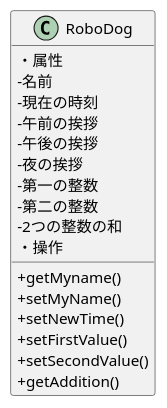
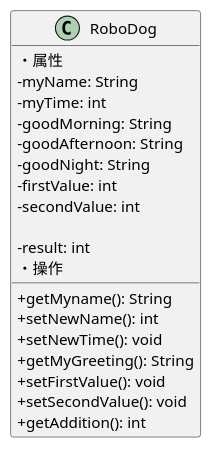
The diagram in 06_robo_dog/class.pu (mana0403/ohara_uml), drawn with PlantUML before and after one commit. The commit also changed 10 other files, not shown here.

```diff
--- a/06_robo_dog/class.pu
+++ b/06_robo_dog/class.pu
@@ -1,22 +1,24 @@
 @startuml
 skinparam classAttributeIconSize 0
 class RoboDog {
 ・属性
- -名前
- -現在の時刻
- -午前の挨拶
- -午後の挨拶
- -夜の挨拶
- -第一の整数
- -第二の整数
- -2つの整数の和
+ -myName: String
+ -myTime: int
+ -goodMorning: String
+ -goodAfternoon: String
+ -goodNight: String
+ -firstValue: int
+ -secondValue: int
+ 
+ -result: int
  ・操作
- +getMyname()
- +setMyName()
- +setNewTime()
- +setFirstValue()
- +setSecondValue()
- +getAddition()
+ +getMyname(): String
+ +setNewName(): int
+ +setNewTime(): void
+ +getMyGreeting(): String
+ +setFirstValue(): void
+ +setSecondValue(): void
+ +getAddition(): int
 }
 
 @enduml
```
